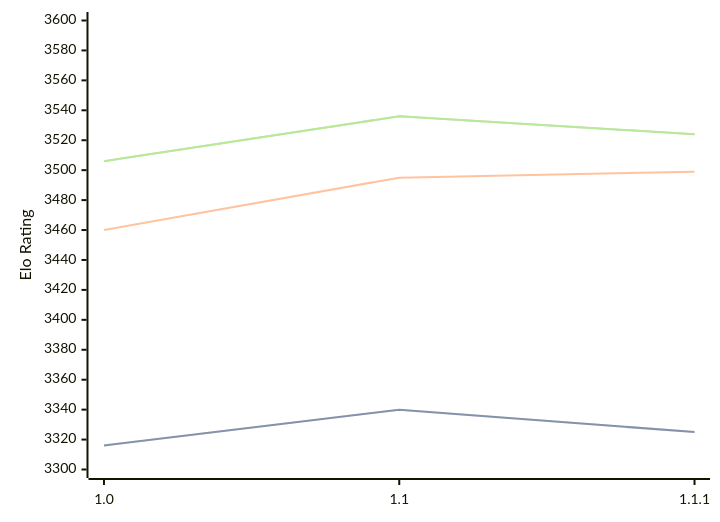
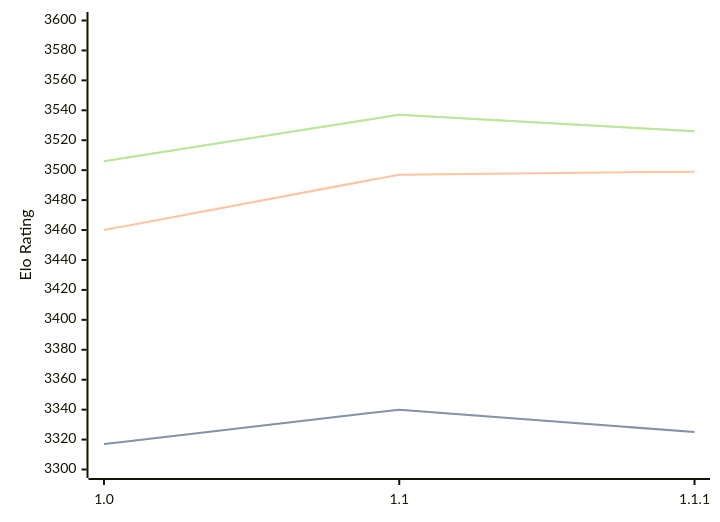
The diagram in engines/Icarus.md (computer-chess-index/cci), drawn with Mermaid before and after one commit. The commit also changed other lines of this file, not shown here.

Commit message:
Update CCI Ratings (ELO VLTC) - 2026-09-07

````diff
--- a/engines/Icarus.md
+++ b/engines/Icarus.md
@@ -33,11 +33,11 @@
 ```mermaid
 %%{init: {"theme":"base","themeVariables":{"seriesColors:['#a3a3a3','#222221','#faa371']}}}%%
 xychart-beta
   x-axis ["1.0", "1.1", "1.1.1"]
   y-axis "Elo Rating" 3300 --> 3600
-  line "" [3316, 3340, 3325]
-  line "STC (8.0+0.08s)" [3316, 3340, 3325]
-  line "LTC (60.0+0.60s)" [3460, 3495, 3499]
-  line "" [3506, 3536, 3524]
-  line "VLTC (2m24s+1.12s)" [3506, 3536, 3524]
+  line "" [3317, 3340, 3325]
+  line "STC (8.0+0.08s)" [3317, 3340, 3325]
+  line "LTC (60.0+0.60s)" [3460, 3497, 3499]
+  line "" [3506, 3537, 3526]
+  line "VLTC (2m24s+1.12s)" [3506, 3537, 3526]
 ```
````
